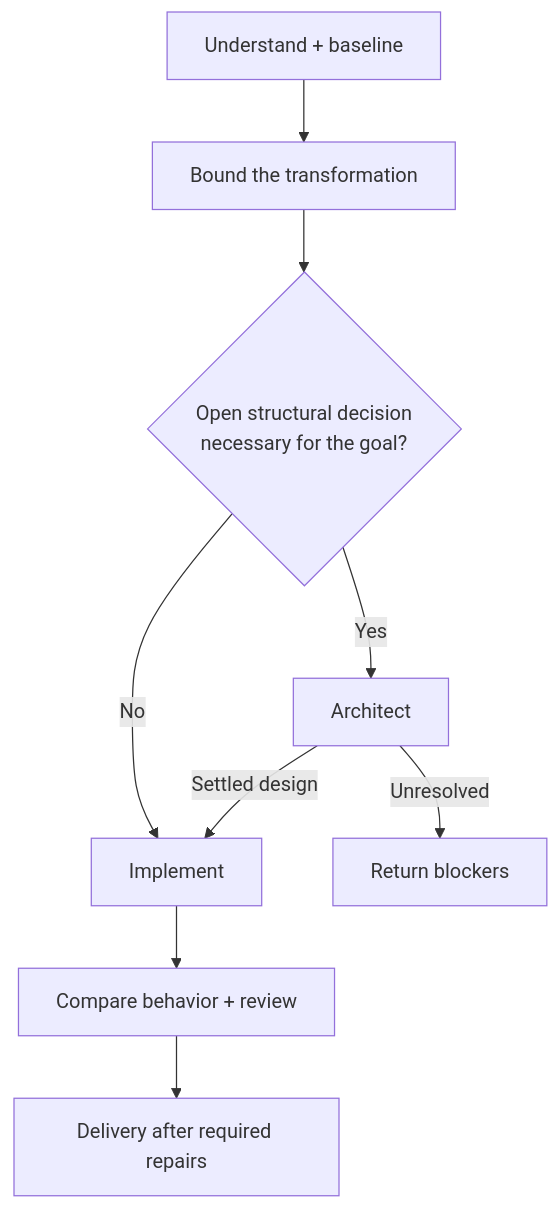
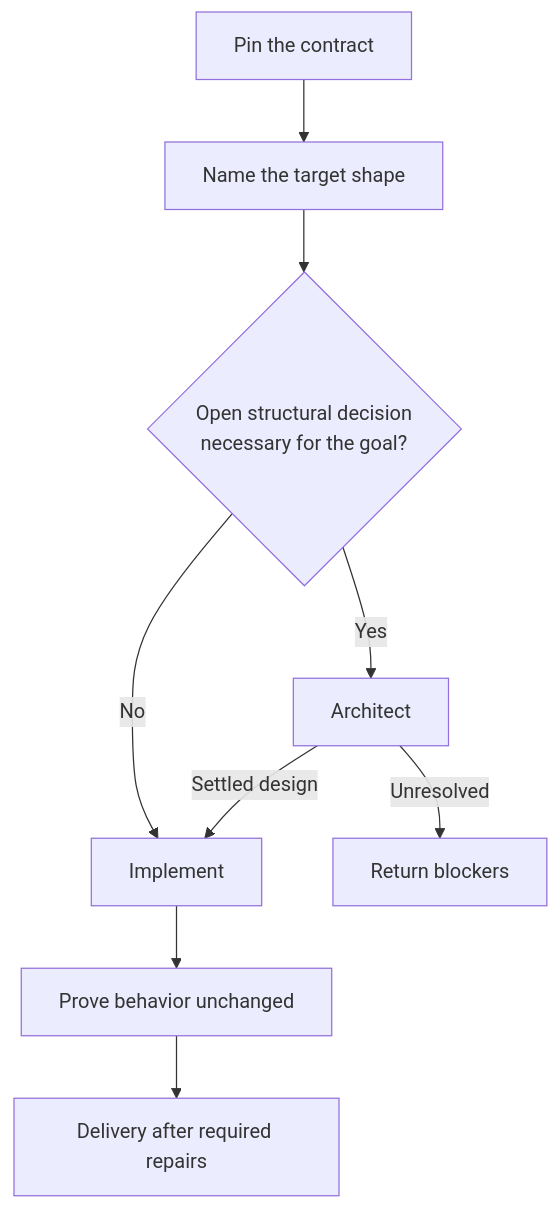
Before and after one commit to LeoMartinDev/skills: the third of 16 diagrams in README.md, drawn with Mermaid. The commit also changed other lines of this file and 27 other files, not shown here.

````diff
--- a/README.md
+++ b/README.md
@@ -96,11 +96,11 @@
 ```mermaid
 flowchart TD
-    H["Understand + baseline"] --> B["Bound the transformation"]
+    H["Pin the contract"] --> B["Name the target shape"]
     B --> Q{"Open structural decision<br/>necessary for the goal?"}
     Q -->|Yes| A["Architect"]
     Q -->|No| I["Implement"]
     A -->|Settled design| I
     A -->|Unresolved| X["Return blockers"]
-    I --> V["Compare behavior + review"]
+    I --> V["Prove behavior unchanged"]
     V --> S["Delivery after required repairs"]
 ```
````
